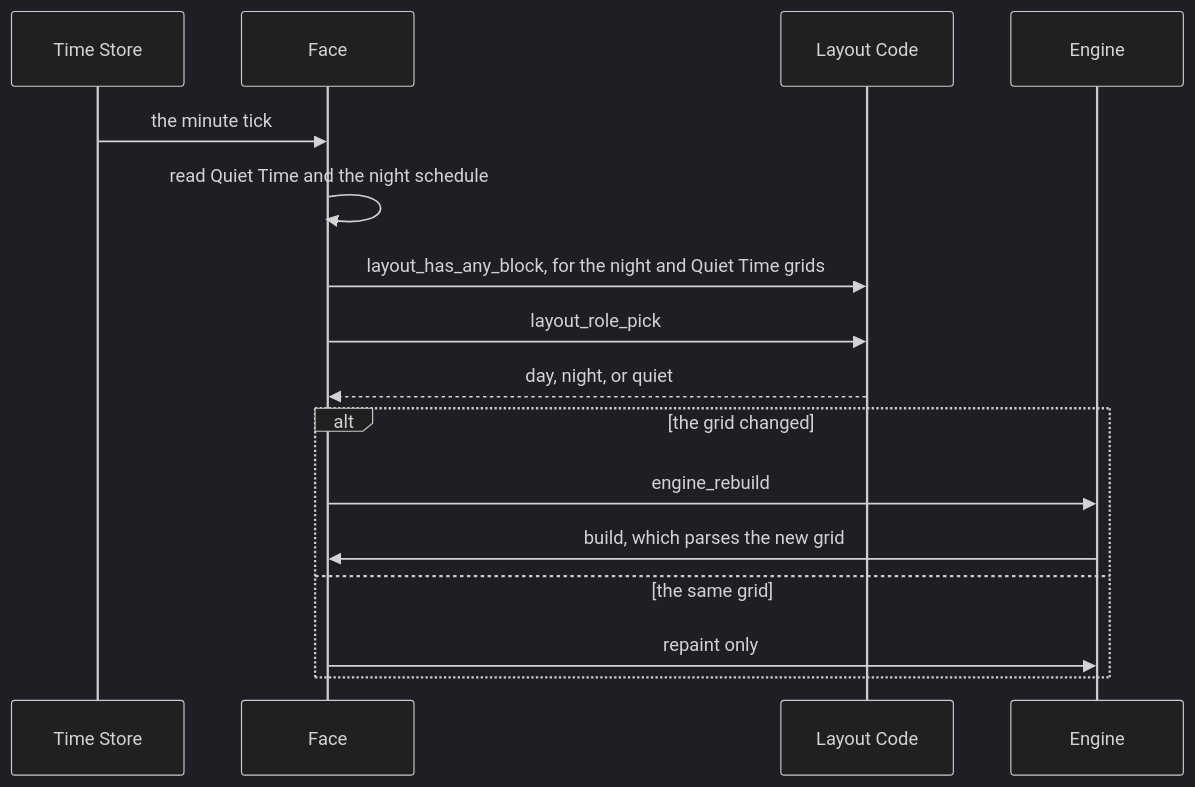
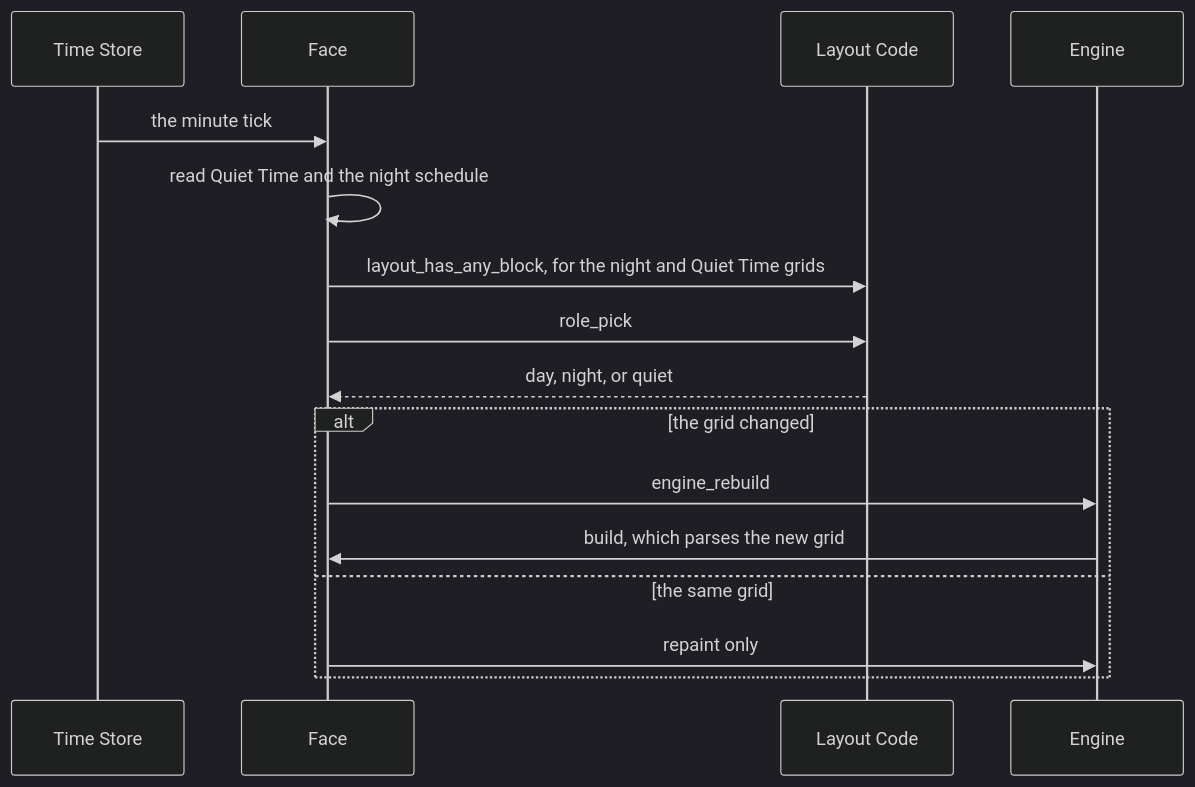
The diagram in docs/how/layout-strings.md (AKlitbo/pebble-app-framework), drawn with Mermaid (dark theme) before and after one commit. The commit also changed other lines of this file and 3 other files, not shown here.

Commit message:
remove the deprecated layout_role aliases

````diff
--- a/docs/how/layout-strings.md
+++ b/docs/how/layout-strings.md
@@ -80,18 +80,18 @@
 ```mermaid
 sequenceDiagram
   participant Time as Time Store
   participant Face
   participant Layout as Layout Code
   participant Engine
   Time->>Face: the minute tick
   Face->>Face: read Quiet Time and the night schedule
   Face->>Layout: layout_has_any_block, for the night and Quiet Time grids
-  Face->>Layout: layout_role_pick
+  Face->>Layout: role_pick
   Layout-->>Face: day, night, or quiet
   alt the grid changed
     Face->>Engine: engine_rebuild
     Engine->>Face: build, which parses the new grid
   else the same grid
     Face->>Engine: repaint only
   end
 ```
````
